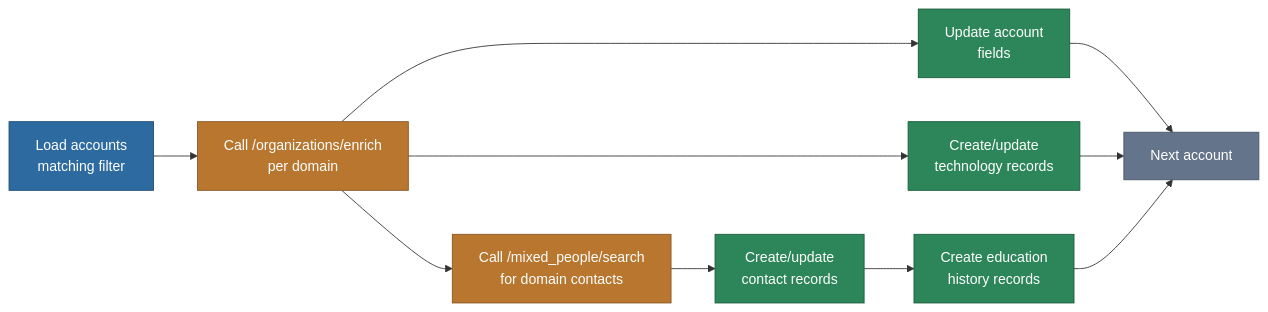
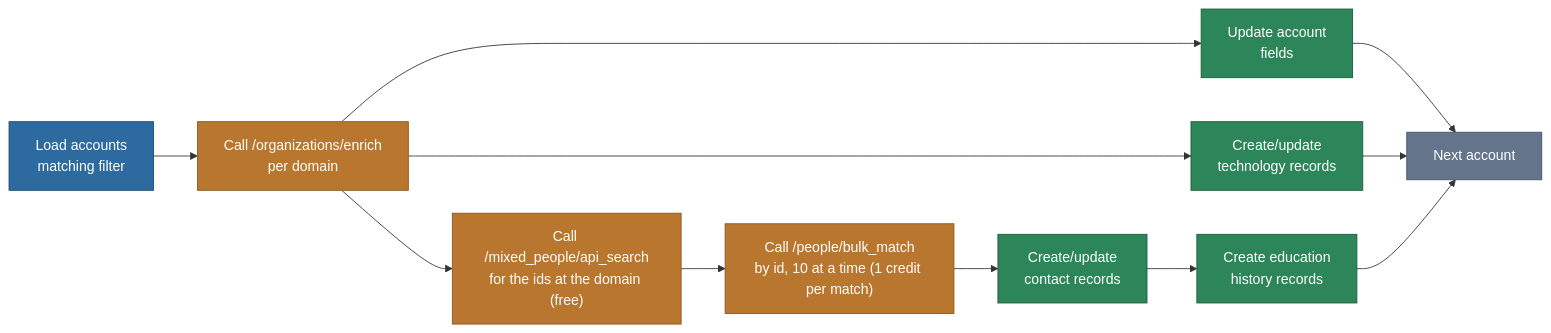
The second of 3 diagrams in packages/Actions/ApolloEnrichment/README.md (MemberJunction/MJ), drawn with Mermaid before and after one commit. The commit also changed other lines of this file and 19 other files, not shown here.

````diff
--- a/packages/Actions/ApolloEnrichment/README.md
+++ b/packages/Actions/ApolloEnrichment/README.md
@@ -68,21 +75,23 @@
 ```mermaid
 flowchart LR
     Start["Load accounts\nmatching filter"] --> OrgAPI["Call /organizations/enrich\nper domain"]
     OrgAPI --> UpdateAcct["Update account\nfields"]
     OrgAPI --> TechRec["Create/update\ntechnology records"]
-    OrgAPI --> PeopleAPI["Call /mixed_people/search\nfor domain contacts"]
-    PeopleAPI --> CreateContact["Create/update\ncontact records"]
+    OrgAPI --> PeopleAPI["Call /mixed_people/api_search\nfor the ids at the domain (free)"]
+    PeopleAPI --> Match["Call /people/bulk_match\nby id, 10 at a time (1 credit per match)"]
+    Match --> CreateContact["Create/update\ncontact records"]
     CreateContact --> History["Create education\nhistory records"]
     UpdateAcct --> Next["Next account"]
     TechRec --> Next
     History --> Next
 
     style Start fill:#2d6a9f,stroke:#1a4971,color:#fff
     style OrgAPI fill:#b8762f,stroke:#8a5722,color:#fff
     style UpdateAcct fill:#2d8659,stroke:#1a5c3a,color:#fff
     style TechRec fill:#2d8659,stroke:#1a5c3a,color:#fff
     style PeopleAPI fill:#b8762f,stroke:#8a5722,color:#fff
+    style Match fill:#b8762f,stroke:#8a5722,color:#fff
     style CreateContact fill:#2d8659,stroke:#1a5c3a,color:#fff
     style History fill:#2d8659,stroke:#1a5c3a,color:#fff
     style Next fill:#64748b,stroke:#475569,color:#fff
 ```
````
